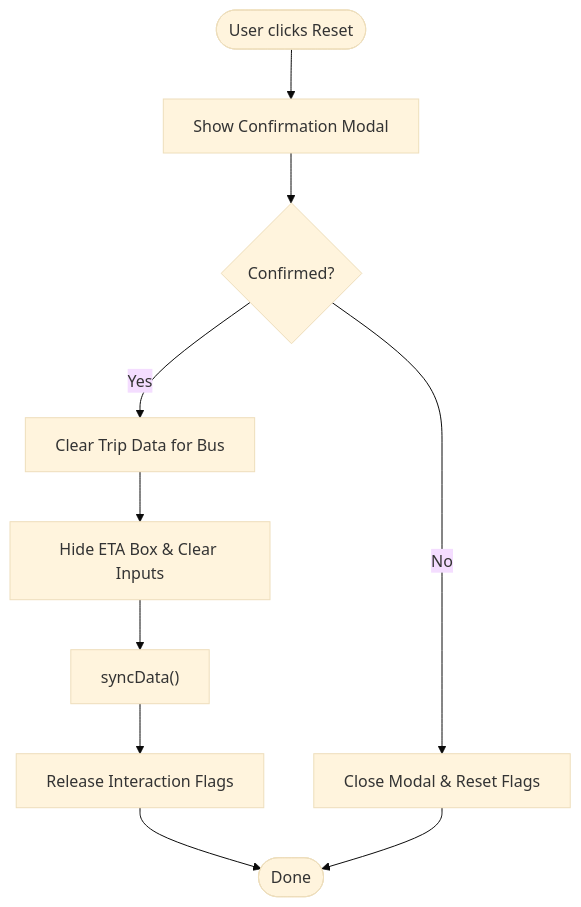
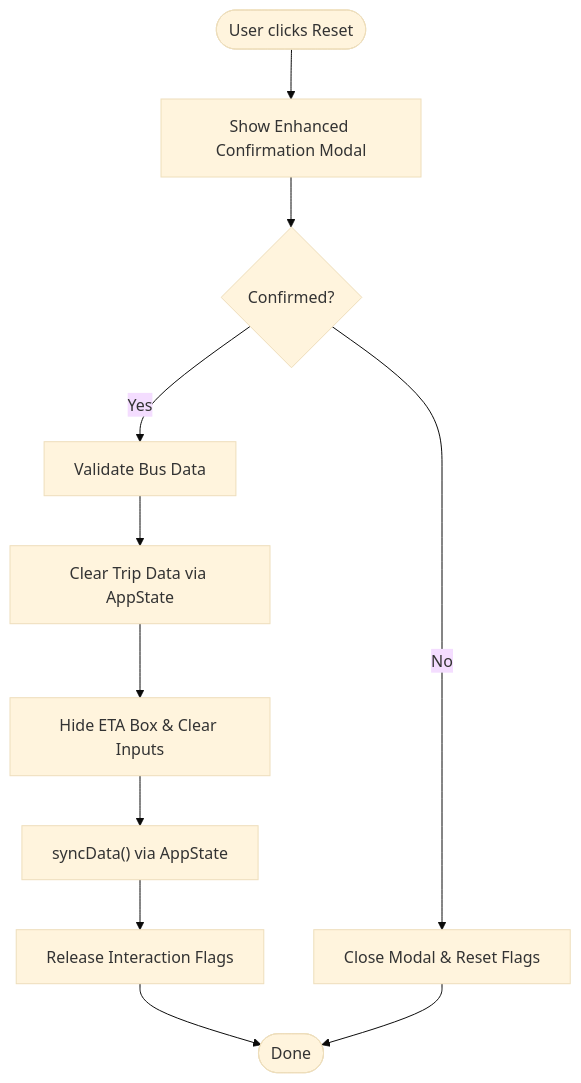
The fourth of 5 diagrams in .qoder/repowiki/en/content/Fleet Management Features.md (Rehanpatel3858/BusTrack-Pro), drawn with Mermaid (base theme) before and after one commit. The commit also changed other lines of this file and 7 other files, not shown here.

````diff
--- a/.qoder/repowiki/en/content/Fleet Management Features.md
+++ b/.qoder/repowiki/en/content/Fleet Management Features.md
@@ -330,12 +597,13 @@
 ```mermaid
 flowchart TD
-Start(["User clicks Reset"]) --> Confirm["Show Confirmation Modal"]
+Start(["User clicks Reset"]) --> Confirm["Show Enhanced Confirmation Modal"]
 Confirm --> Choice{"Confirmed?"}
 Choice --> |No| Cancel["Close Modal & Reset Flags"]
-Choice --> |Yes| Clear["Clear Trip Data for Bus"]
+Choice --> |Yes| Validate["Validate Bus Data"]
+Validate --> Clear["Clear Trip Data via AppState"]
 Clear --> UpdateUI["Hide ETA Box & Clear Inputs"]
-UpdateUI --> Sync["syncData()"]
+UpdateUI --> Sync["syncData() via AppState"]
 Sync --> Flags["Release Interaction Flags"]
 Flags --> End(["Done"])
 Cancel --> End
 ```
````
